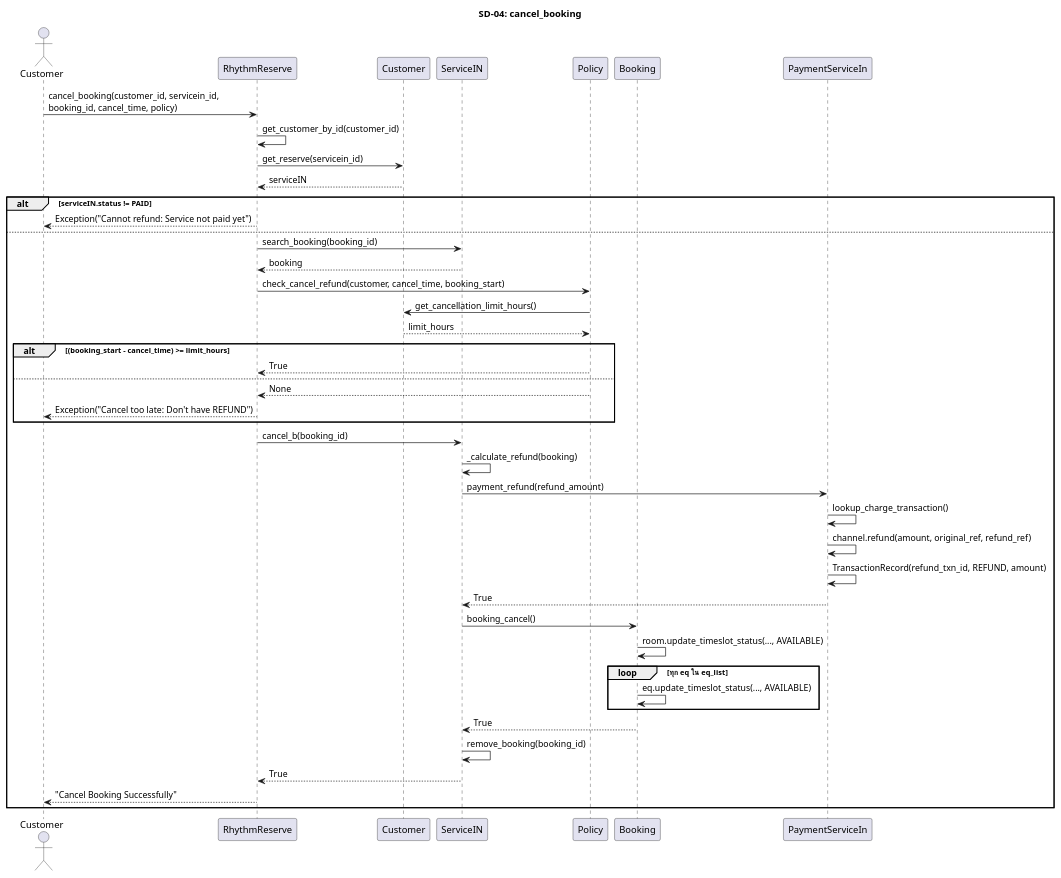
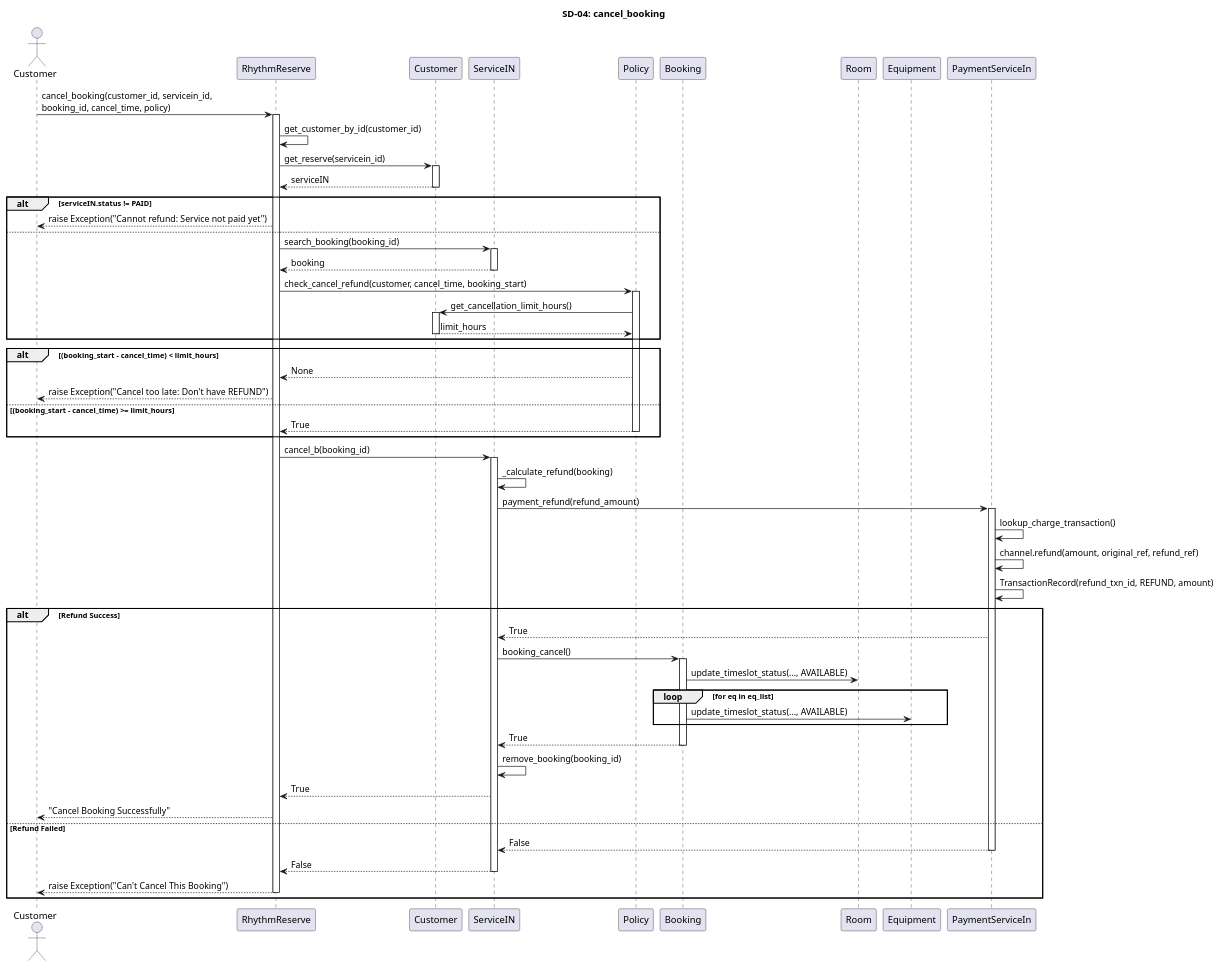
One commit to pjngth998/RhythmReserve changed the diagram in diagram/sequence_diagram/9final_sequence/sd_04_cancel_booking.puml. Above: the diagram before and after it, drawn with PlantUML. The commit also changed 1 other file, not shown here.

```diff
--- a/diagram/sequence_diagram/9final_sequence/sd_04_cancel_booking.puml
+++ b/diagram/sequence_diagram/9final_sequence/sd_04_cancel_booking.puml
@@ -1,56 +1,77 @@
 @startuml
 title SD-04: cancel_booking
 
 actor Customer as C
 participant "RhythmReserve" as RR
 participant "Customer" as CUS
 participant "ServiceIN" as SIN
 participant "Policy" as POL
 participant "Booking" as BK
+participant "Room" as R
+participant "Equipment" as Eq
 participant "PaymentServiceIn" as PSIN
 
 C -> RR : cancel_booking(customer_id, servicein_id,\nbooking_id, cancel_time, policy)
+activate RR
 
 RR -> RR : get_customer_by_id(customer_id)
 RR -> CUS : get_reserve(servicein_id)
+activate CUS
 CUS --> RR : serviceIN
+deactivate CUS
 
 alt serviceIN.status != PAID
-    RR --> C : Exception("Cannot refund: Service not paid yet")
+    RR --> C : raise Exception("Cannot refund: Service not paid yet")
 else
     RR -> SIN : search_booking(booking_id)
+    activate SIN
     SIN --> RR : booking
+    deactivate SIN
 
     RR -> POL : check_cancel_refund(customer, cancel_time, booking_start)
+    activate POL
     POL -> CUS : get_cancellation_limit_hours()
+    activate CUS
     CUS --> POL : limit_hours
+    deactivate CUS
+end
 
-    alt (booking_start - cancel_time) >= limit_hours
-        POL --> RR : True
-    else
-        POL --> RR : None
-        RR --> C : Exception("Cancel too late: Don't have REFUND")
+alt (booking_start - cancel_time) < limit_hours
+    POL --> RR : None
+    RR --> C : raise Exception("Cancel too late: Don't have REFUND")
+else (booking_start - cancel_time) >= limit_hours
+    POL --> RR : True
+    deactivate POL
+end
+
+RR -> SIN : cancel_b(booking_id)
+activate SIN
+SIN -> SIN : _calculate_refund(booking)
+SIN -> PSIN : payment_refund(refund_amount)
+activate PSIN
+PSIN -> PSIN : lookup_charge_transaction()
+PSIN -> PSIN : channel.refund(amount, original_ref, refund_ref)
+PSIN -> PSIN : TransactionRecord(refund_txn_id, REFUND, amount)
+alt Refund Success
+    PSIN --> SIN : True
+    SIN -> BK : booking_cancel()
+    activate BK
+    BK -> R : update_timeslot_status(..., AVAILABLE)
+    loop for eq in eq_list
+        BK -> Eq : update_timeslot_status(..., AVAILABLE)
     end
-
-    RR -> SIN : cancel_b(booking_id)
-        SIN -> SIN : _calculate_refund(booking)
-        SIN -> PSIN : payment_refund(refund_amount)
-        PSIN -> PSIN : lookup_charge_transaction()
-        PSIN -> PSIN : channel.refund(amount, original_ref, refund_ref)
-        PSIN -> PSIN : TransactionRecord(refund_txn_id, REFUND, amount)
-        PSIN --> SIN : True
-
-        SIN -> BK : booking_cancel()
-        BK -> BK : room.update_timeslot_status(..., AVAILABLE)
-        loop ทุก eq ใน eq_list
-            BK -> BK : eq.update_timeslot_status(..., AVAILABLE)
-        end
-        BK --> SIN : True
-
-        SIN -> SIN : remove_booking(booking_id)
+    BK --> SIN : True
+    deactivate BK
+    SIN -> SIN : remove_booking(booking_id)
     SIN --> RR : True
-
     RR --> C : "Cancel Booking Successfully"
+else Refund Failed
+    PSIN --> SIN : False
+    deactivate PSIN
+    SIN --> RR : False
+    deactivate SIN
+    RR --> C : raise Exception("Can't Cancel This Booking")
+    deactivate RR
 end
 
 @enduml
```
